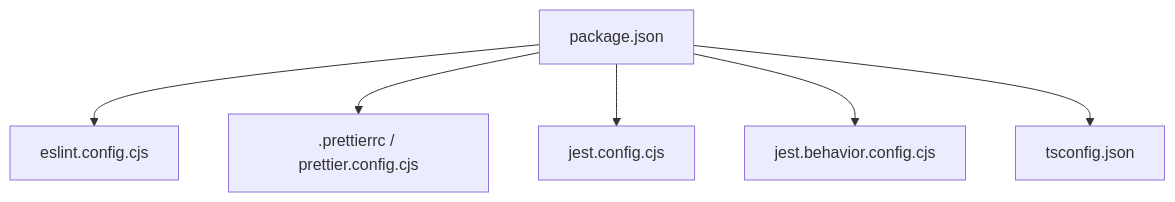
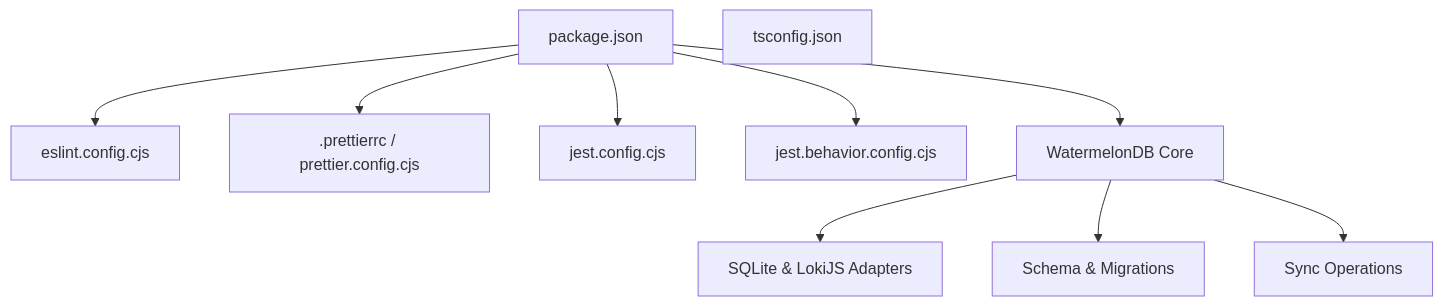
The seventh of 7 diagrams in .qoder/repowiki/en/content/Development Guidelines.md (karllasouzza/PowerLists), drawn with Mermaid before and after one commit. The commit also changed other lines of this file and 5 other files, not shown here.

````diff
--- a/.qoder/repowiki/en/content/Development Guidelines.md
+++ b/.qoder/repowiki/en/content/Development Guidelines.md
@@ -347,14 +537,21 @@
 ```mermaid
 graph TB
 PKG["package.json"]
 ESLINT["eslint.config.cjs"]
 PRETTIER[".prettierrc / prettier.config.cjs"]
 TS["tsconfig.json"]
 JEST1["jest.config.cjs"]
 JEST2["jest.behavior.config.cjs"]
+WATERMELON["WatermelonDB Core"]
+ADAPTERS["SQLite & LokiJS Adapters"]
+SCHEMA["Schema & Migrations"]
+SYNC["Sync Operations"]
 PKG --> ESLINT
 PKG --> PRETTIER
 PKG --> JEST1
 PKG --> JEST2
-PKG --> TS
+PKG --> WATERMELON
+WATERMELON --> ADAPTERS
+WATERMELON --> SCHEMA
+WATERMELON --> SYNC
 ```
````
